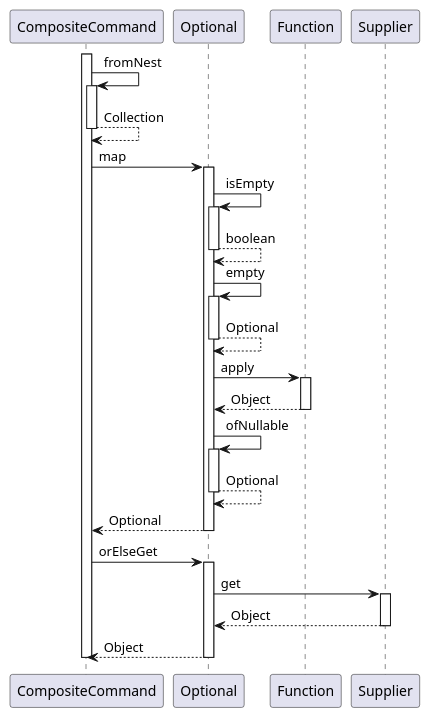
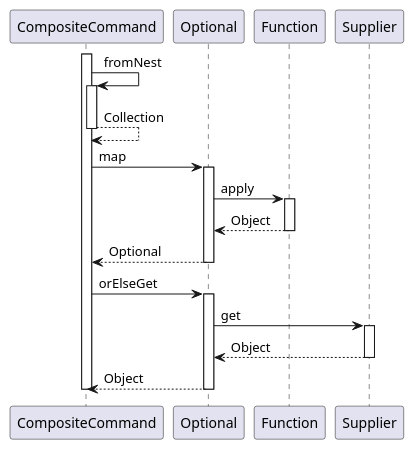
One commit to OlegSopilnyak/school-demo changed the diagram in business-logic/documentation/puml/sequence-diagrams/MacroCommand.createContext.puml. Above: the diagram before and after it, drawn with PlantUML. The commit also changed 29 other files, not shown here.

```diff
--- a/business-logic/documentation/puml/sequence-diagrams/MacroCommand.createContext.puml
+++ b/business-logic/documentation/puml/sequence-diagrams/MacroCommand.createContext.puml
@@ -3,43 +3,31 @@
 @startuml
 
 participant CompositeCommand
 participant Optional
 participant Function
 participant Supplier
 
 activate CompositeCommand
 	CompositeCommand -> CompositeCommand : fromNest
 	activate CompositeCommand
 		CompositeCommand --> CompositeCommand : Collection
 	deactivate CompositeCommand
 	CompositeCommand -> Optional : map
 	activate Optional
-		Optional -> Optional : isEmpty
-		activate Optional
-			Optional --> Optional : boolean
-		deactivate Optional
-		Optional -> Optional : empty
-		activate Optional
-			Optional --> Optional : Optional
-		deactivate Optional
 		Optional -> Function : apply
 		activate Function
 			Function --> Optional : Object
 		deactivate Function
-		Optional -> Optional : ofNullable
-		activate Optional
-			Optional --> Optional : Optional
-		deactivate Optional
 		Optional --> CompositeCommand : Optional
 	deactivate Optional
 	CompositeCommand -> Optional : orElseGet
 	activate Optional
 		Optional -> Supplier : get
 		activate Supplier
 			Supplier --> Optional : Object
 		deactivate Supplier
 		Optional --> CompositeCommand : Object
 	deactivate Optional
 deactivate CompositeCommand
 
 @enduml
```
